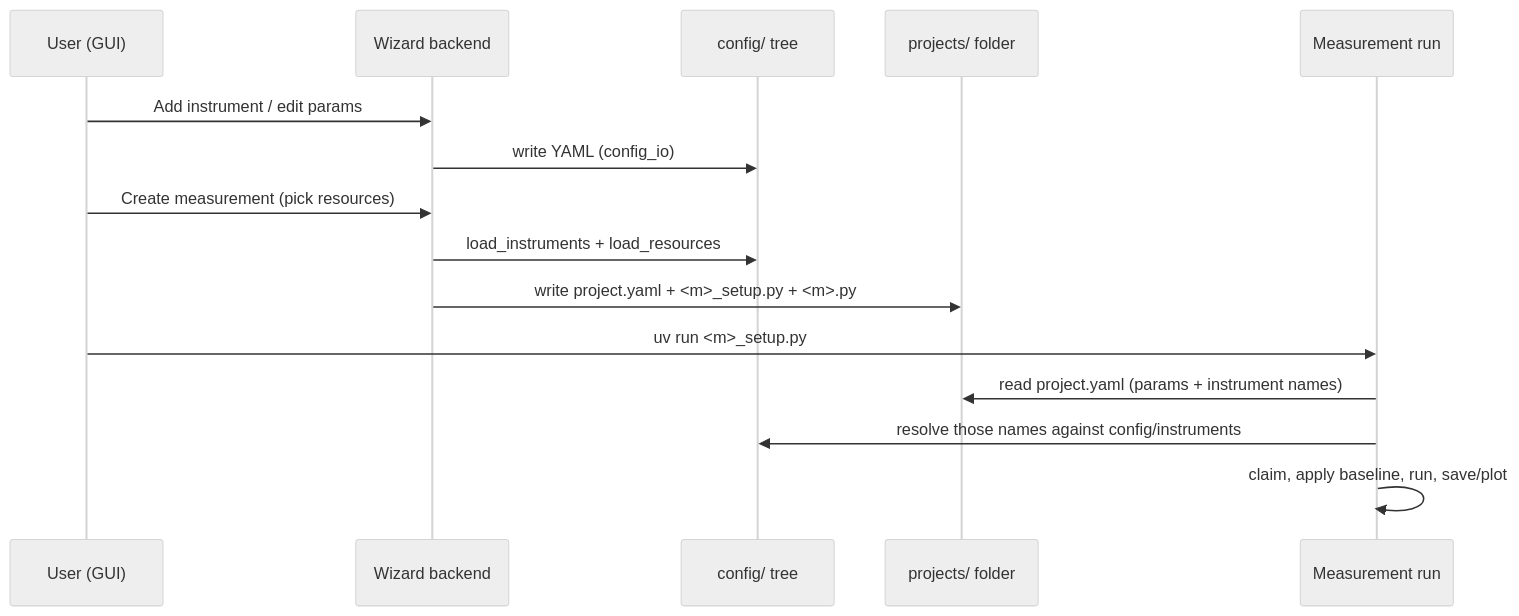
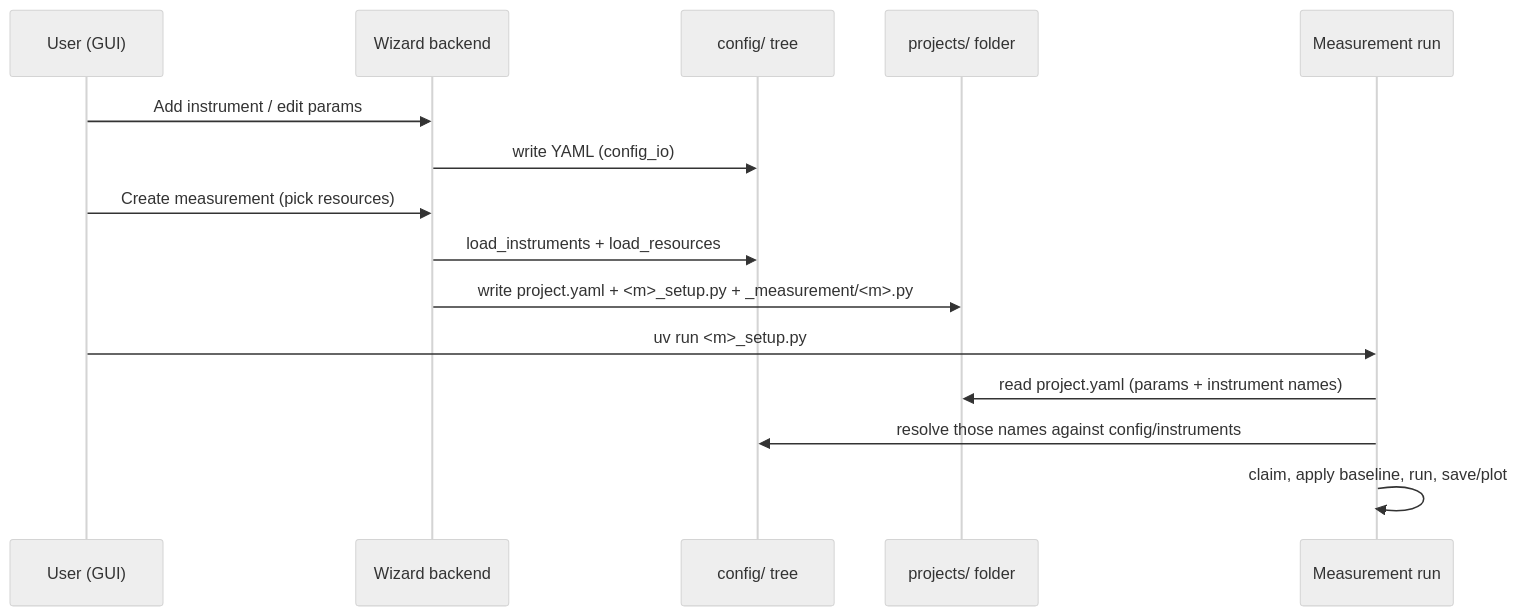
One commit to sansseriff/lab-wizard changed the second of 2 diagrams in docs/concepts/architecture.md. Above: the diagram before and after it, drawn with Mermaid (neutral theme). The commit also changed other lines of this file and 135 other files, not shown here.

````diff
--- a/docs/concepts/architecture.md
+++ b/docs/concepts/architecture.md
@@ -77,18 +79,18 @@
 ```mermaid
 sequenceDiagram
     participant U as User (GUI)
     participant W as Wizard backend
     participant C as config/ tree
     participant P as projects/ folder
     participant R as Measurement run
 
     U->>W: Add instrument / edit params
     W->>C: write YAML (config_io)
     U->>W: Create measurement (pick resources)
     W->>C: load_instruments + load_resources
-    W->>P: write project.yaml + <m>_setup.py + <m>.py
+    W->>P: write project.yaml + <m>_setup.py + _measurement/<m>.py
     U->>R: uv run <m>_setup.py
     R->>P: read project.yaml (params + instrument names)
     R->>C: resolve those names against config/instruments
     R->>R: claim, apply baseline, run, save/plot
 ```
````
